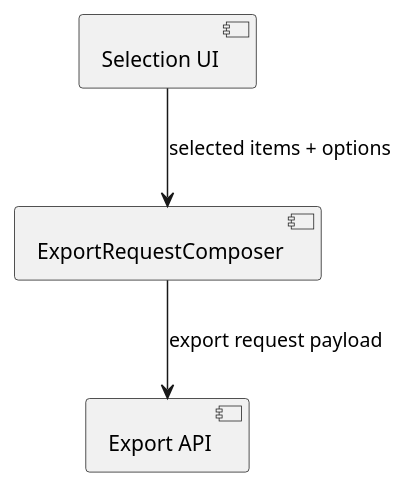
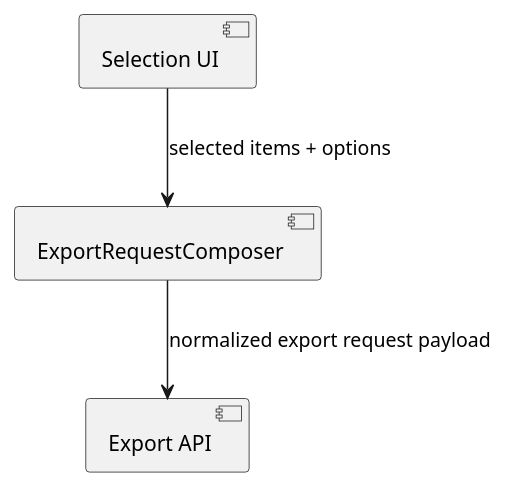
Before and after one commit to dpolivaev/spec-loop: the third of 3 diagrams in skills/spec-loop-prepare-implementation-approval/examples/example-task-serialized-payload-change.md, drawn with PlantUML. The commit also changed other lines of this file and 2 other files, not shown here.

Commit message:
Update skill examples for diagram-first rules

````diff
--- a/skills/spec-loop-prepare-implementation-approval/examples/example-task-serialized-payload-change.md
+++ b/skills/spec-loop-prepare-implementation-approval/examples/example-task-serialized-payload-change.md
@@ -50,10 +66,10 @@
   ```plantuml
   @startuml
   component "Selection UI" as ui
   component "ExportRequestComposer" as composer
   component "Export API" as api
 
   ui --> composer : selected items + options
-  composer --> api : export request payload
+  composer --> api : normalized export request payload
   @enduml
   ```
````
